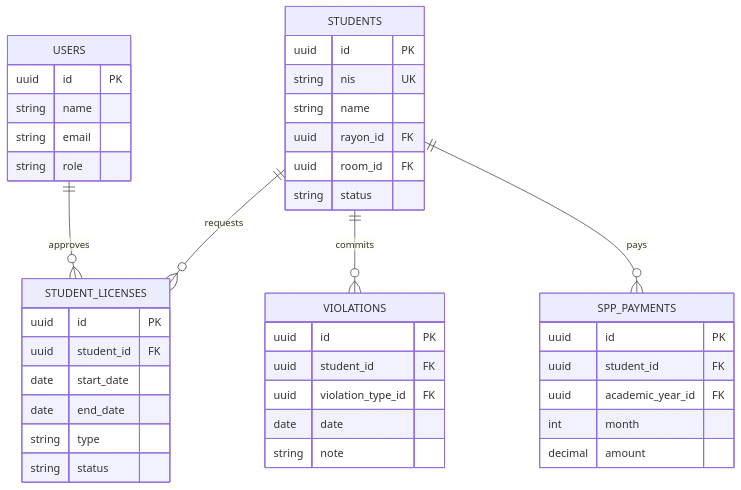
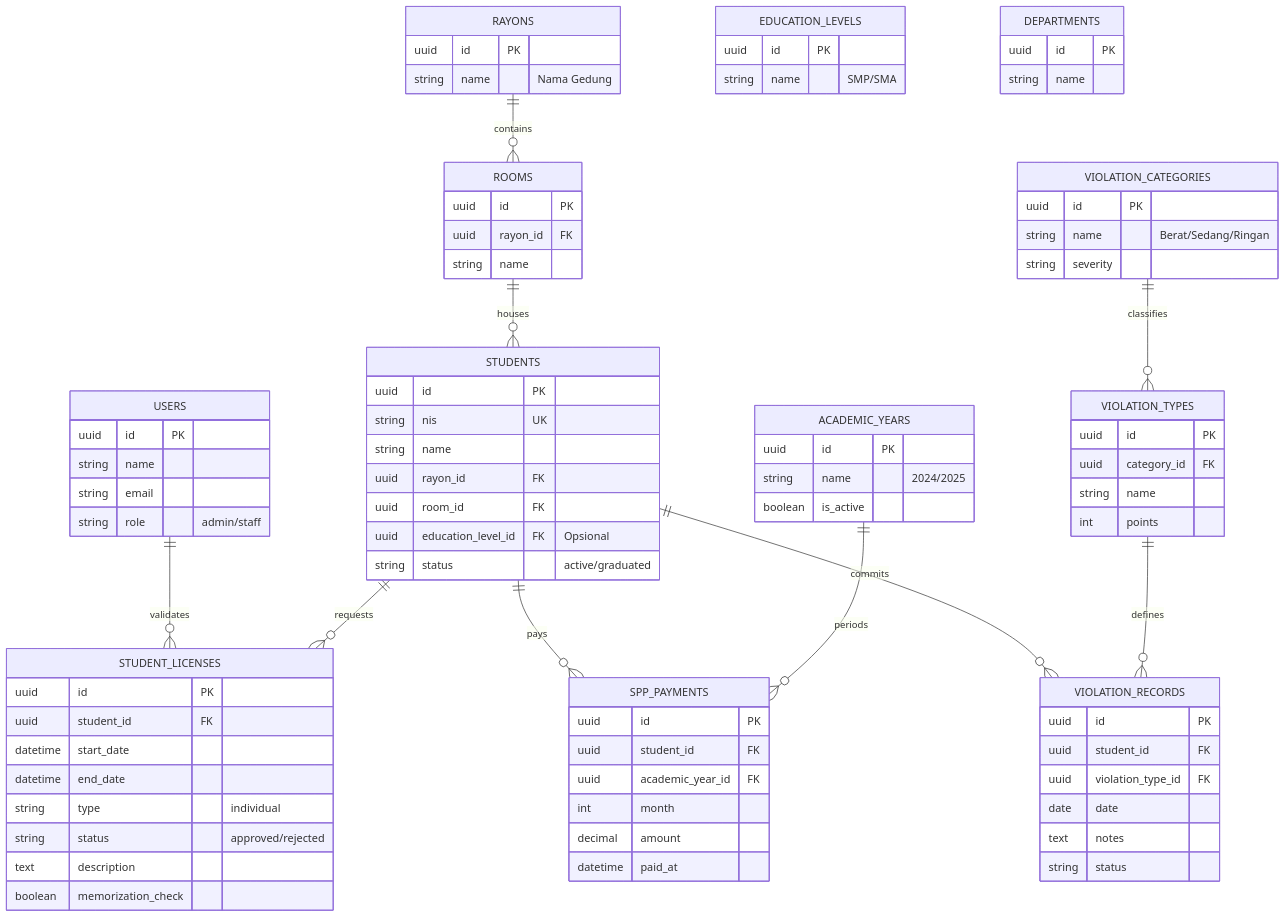
One commit to SafaNa/spk-pondok changed the second of 3 diagrams in README.md. Above: the diagram before and after it, drawn with Mermaid. The commit also changed other lines of this file, not shown here.

Commit message:
update perubahan

````diff
--- a/README.md
+++ b/README.md
@@ -75,48 +78,102 @@
 ```mermaid
 erDiagram
+    %% --- PENGGUNA ---
     USERS {
         uuid id PK
         string name
         string email
-        string role
+        string role "admin/staff"
     }
-    
+
+    %% --- DATA MASTER ---
+    ACADEMIC_YEARS {
+        uuid id PK
+        string name "2024/2025"
+        boolean is_active
+    }
+    RAYONS {
+        uuid id PK
+        string name "Nama Gedung"
+    }
+    ROOMS {
+        uuid id PK
+        uuid rayon_id FK
+        string name
+    }
+    EDUCATION_LEVELS {
+        uuid id PK
+        string name "SMP/SMA"
+    }
+    DEPARTMENTS {
+        uuid id PK
+        string name
+    }
+
+    %% --- DATA UTAMA ---
     STUDENTS {
         uuid id PK
         string nis UK
         string name
         uuid rayon_id FK
         uuid room_id FK
-        string status
+        uuid education_level_id FK "Opsional"
+        string status "active/graduated"
     }
-    
+
+    %% --- PERIZINAN ---
     STUDENT_LICENSES {
         uuid id PK
         uuid student_id FK
-        date start_date
-        date end_date
-        string type
-        string status
+        datetime start_date
+        datetime end_date
+        string type "individual"
+        string status "approved/rejected"
+        text description
+        boolean memorization_check
     }
-    
-    VIOLATIONS {
+
+    %% --- PELANGGARAN ---
+    VIOLATION_CATEGORIES {
+        uuid id PK
+        string name "Berat/Sedang/Ringan"
+        string severity
+    }
+    VIOLATION_TYPES {
+        uuid id PK
+        uuid category_id FK
+        string name
+        int points
+    }
+    VIOLATION_RECORDS {
         uuid id PK
         uuid student_id FK
         uuid violation_type_id FK
         date date
-        string note
+        text notes
+        string status
     }
-    
+
+    %% --- KEUANGAN ---
     SPP_PAYMENTS {
         uuid id PK
         uuid student_id FK
         uuid academic_year_id FK
         int month
         decimal amount
+        datetime paid_at
     }
 
+    %% RELASI
+    RAYONS ||--o{ ROOMS : "contains"
+    ROOMS ||--o{ STUDENTS : "houses"
+    
     STUDENTS ||--o{ STUDENT_LICENSES : "requests"
-    STUDENTS ||--o{ VIOLATIONS : "commits"
+    USERS ||--o{ STUDENT_LICENSES : "validates"
+    
+    VIOLATION_CATEGORIES ||--o{ VIOLATION_TYPES : "classifies"
+    VIOLATION_TYPES ||--o{ VIOLATION_RECORDS : "defines"
+    STUDENTS ||--o{ VIOLATION_RECORDS : "commits"
+
+    ACADEMIC_YEARS ||--o{ SPP_PAYMENTS : "periods"
     STUDENTS ||--o{ SPP_PAYMENTS : "pays"
-    USERS ||--o{ STUDENT_LICENSES : "approves"
 ```
````
